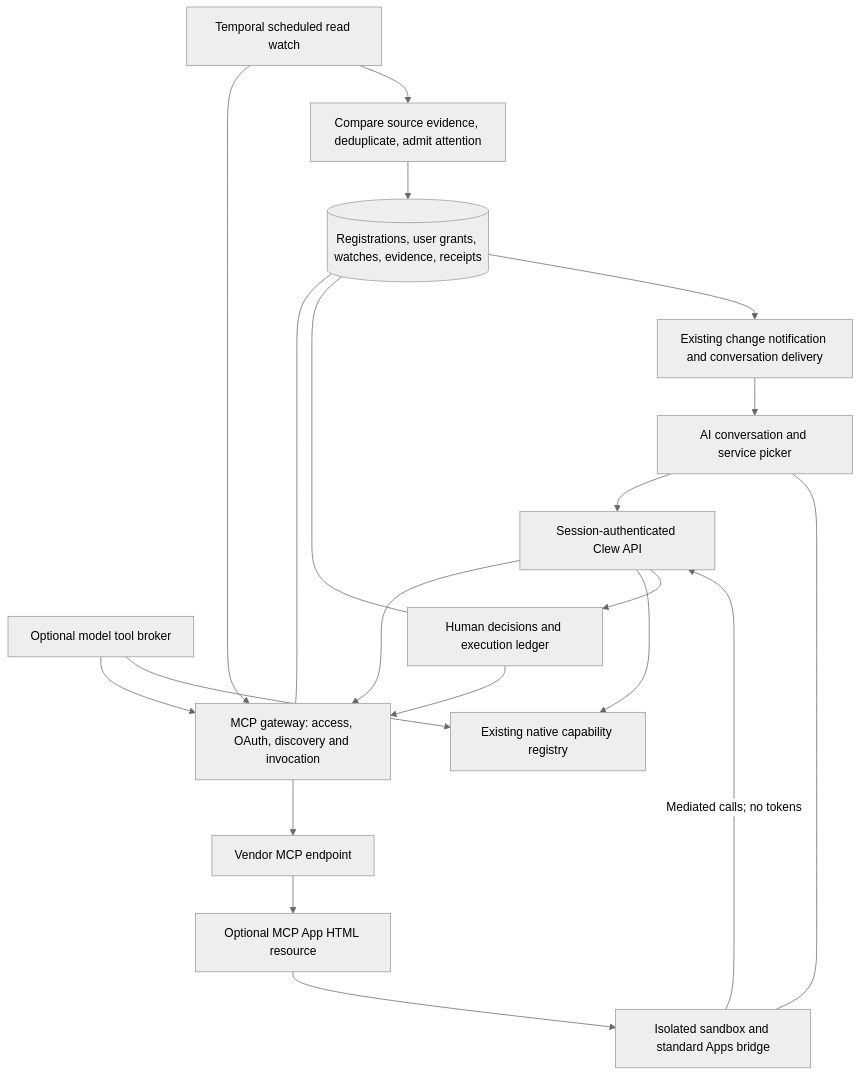
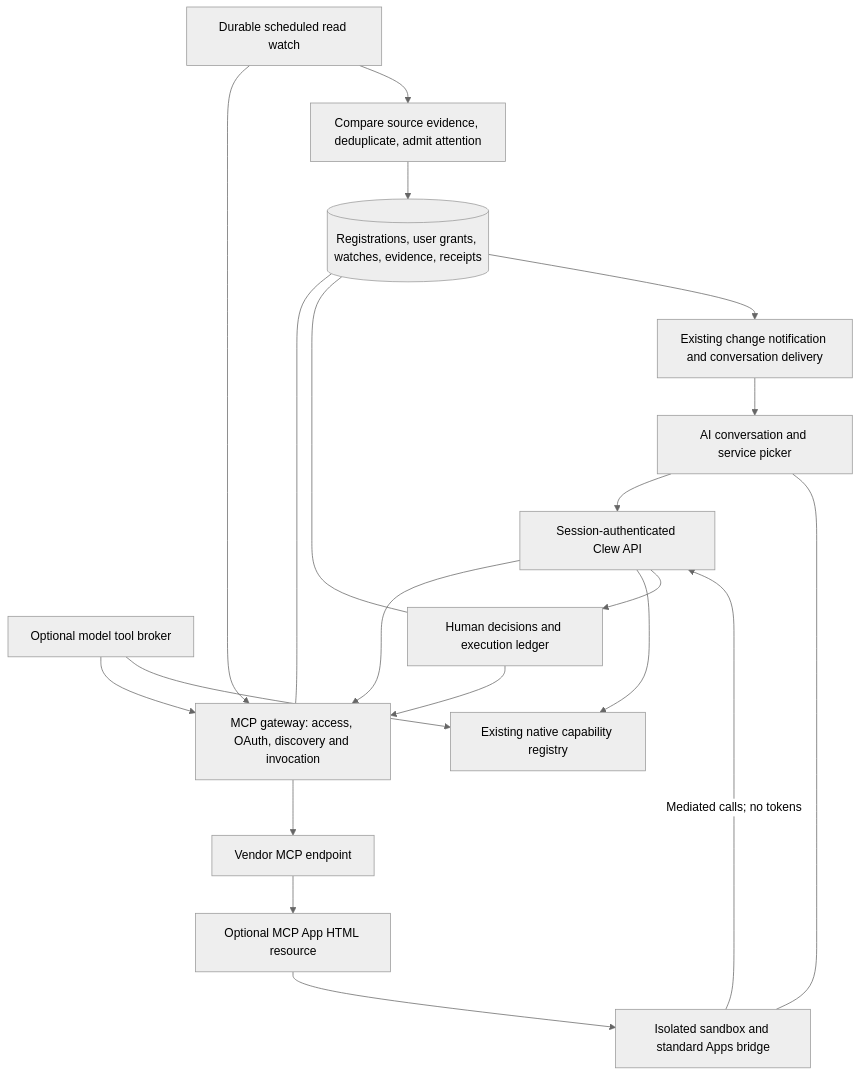
The diagram in docs/architecture/mcp-chat-services.md (etori-ai/clew), drawn with Mermaid (neutral theme) before and after one commit. The commit also changed other lines of this file and 64 other files, not shown here.

````diff
--- a/docs/architecture/mcp-chat-services.md
+++ b/docs/architecture/mcp-chat-services.md
@@ -20,22 +20,22 @@
 ```mermaid
 flowchart TB
   UI[AI conversation and service picker] --> API[Session-authenticated Clew API]
   API --> MCP[MCP gateway: access, OAuth, discovery and invocation]
   Model[Optional model tool broker] --> MCP
   Model --> Native[Existing native capability registry]
   API --> Native
   MCP --> Vendor[Vendor MCP endpoint]
   Vendor --> Resource[Optional MCP App HTML resource]
   Resource --> Sandbox[Isolated sandbox and standard Apps bridge]
   UI --- Sandbox
   Sandbox -->|Mediated calls; no tokens| API
   API --> Decisions[Human decisions and execution ledger]
   Decisions --> MCP
   DB[(Registrations, user grants, watches, evidence, receipts)] --- MCP
   DB --- Decisions
-  Timer[Temporal scheduled read watch] --> MCP
+  Timer[Durable scheduled read watch] --> MCP
   Timer --> Evidence[Compare source evidence, deduplicate, admit attention]
   Evidence --> DB
   DB --> Delivery[Existing change notification and conversation delivery]
   Delivery --> UI
 ```
````
